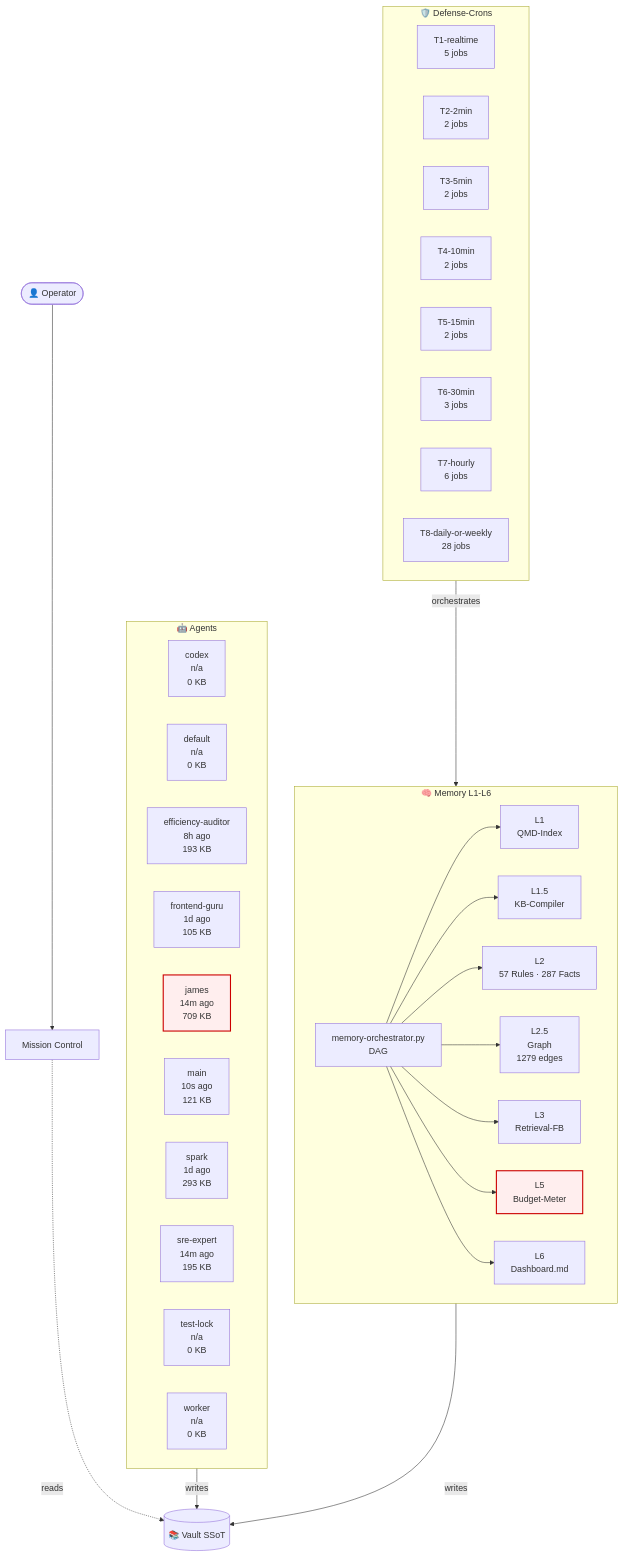
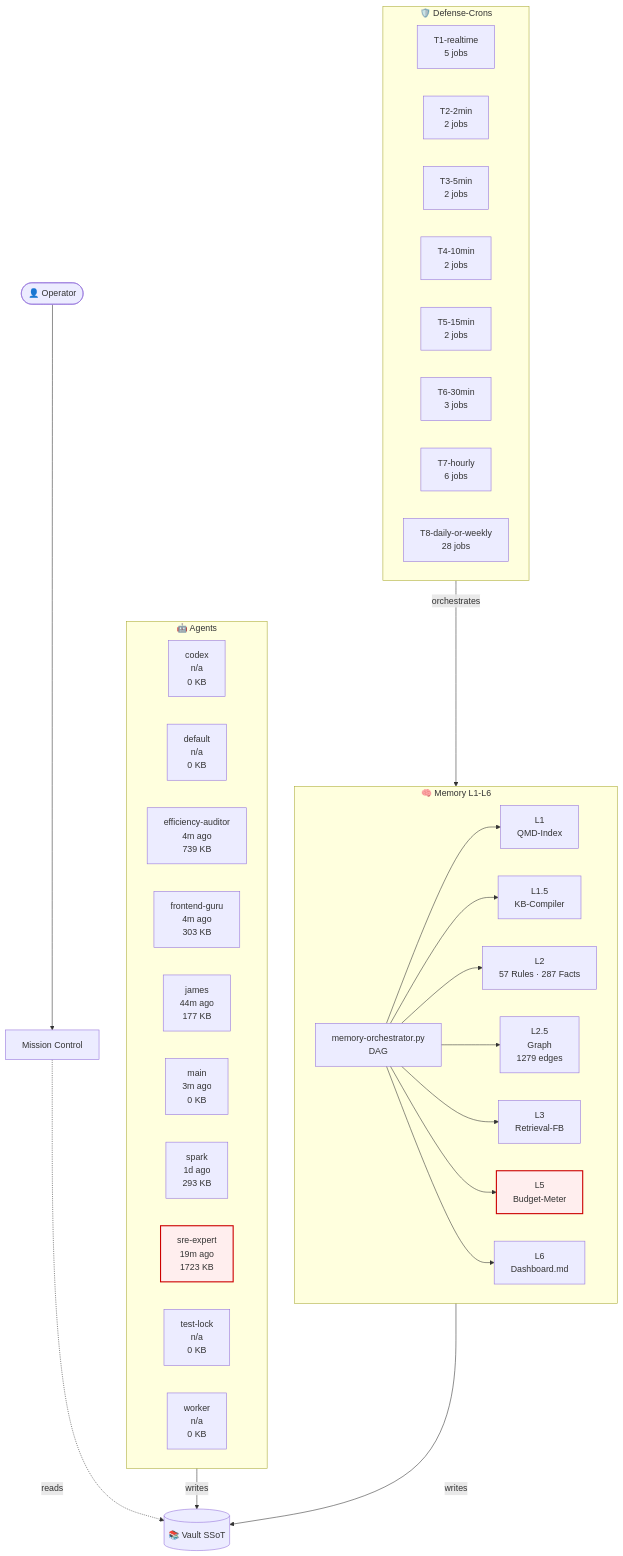
The diagram in 03-Agents/architecture-live.md (lenardhuebner88-rgb/openclaw-memory), drawn with Mermaid before and after one commit. The commit also changed other lines of this file and 8 other files, not shown here.

````diff
--- a/03-Agents/architecture-live.md
+++ b/03-Agents/architecture-live.md
@@ -18,53 +18,53 @@
 ```mermaid
 flowchart TB
     classDef critical fill:#fee,stroke:#c00,stroke-width:2px;
     subgraph AGT["🤖 Agents"]
         agent_codex["codex<br/>n/a<br/>0 KB"]
         agent_default["default<br/>n/a<br/>0 KB"]
-        agent_efficiency_auditor["efficiency-auditor<br/>8h ago<br/>193 KB"]
-        agent_frontend_guru["frontend-guru<br/>1d ago<br/>105 KB"]
-        agent_james["james<br/>14m ago<br/>709 KB"]
-        agent_main["main<br/>10s ago<br/>121 KB"]
+        agent_efficiency_auditor["efficiency-auditor<br/>4m ago<br/>739 KB"]
+        agent_frontend_guru["frontend-guru<br/>4m ago<br/>303 KB"]
+        agent_james["james<br/>44m ago<br/>177 KB"]
+        agent_main["main<br/>3m ago<br/>0 KB"]
         agent_spark["spark<br/>1d ago<br/>293 KB"]
-        agent_sre_expert["sre-expert<br/>14m ago<br/>195 KB"]
+        agent_sre_expert["sre-expert<br/>19m ago<br/>1723 KB"]
         agent_test_lock["test-lock<br/>n/a<br/>0 KB"]
         agent_worker["worker<br/>n/a<br/>0 KB"]
     end
     subgraph MEM["🧠 Memory L1-L6"]
         L1["L1<br/>QMD-Index"]
         L15["L1.5<br/>KB-Compiler"]
         L2["L2<br/>57 Rules · 287 Facts"]
         L25["L2.5<br/>Graph<br/>1279 edges"]
         L3["L3<br/>Retrieval-FB"]
         L5["L5<br/>Budget-Meter"]
         L6["L6<br/>Dashboard.md"]
         ORCH["memory-orchestrator.py<br/>DAG"]
     end
     subgraph CRN["🛡️ Defense-Crons"]
         tier_T1_realtime["T1-realtime<br/>5 jobs"]
         tier_T2_2min["T2-2min<br/>2 jobs"]
         tier_T3_5min["T3-5min<br/>2 jobs"]
         tier_T4_10min["T4-10min<br/>2 jobs"]
         tier_T5_15min["T5-15min<br/>2 jobs"]
         tier_T6_30min["T6-30min<br/>3 jobs"]
         tier_T7_hourly["T7-hourly<br/>6 jobs"]
         tier_T8_daily_or_weekly["T8-daily-or-weekly<br/>28 jobs"]
     end
     VAULT[("📚 Vault SSoT")]
     OP([👤 Operator])
     MC["Mission Control"]
     OP --> MC
     MC -.reads.-> VAULT
     AGT -->|writes| VAULT
     MEM -->|writes| VAULT
     ORCH --> L1
     ORCH --> L15
     ORCH --> L2
     ORCH --> L25
     ORCH --> L3
     ORCH --> L5
     ORCH --> L6
     CRN -->|orchestrates| MEM
     class L5 critical
-    class agent_james critical
+    class agent_sre_expert critical
 ```
````
